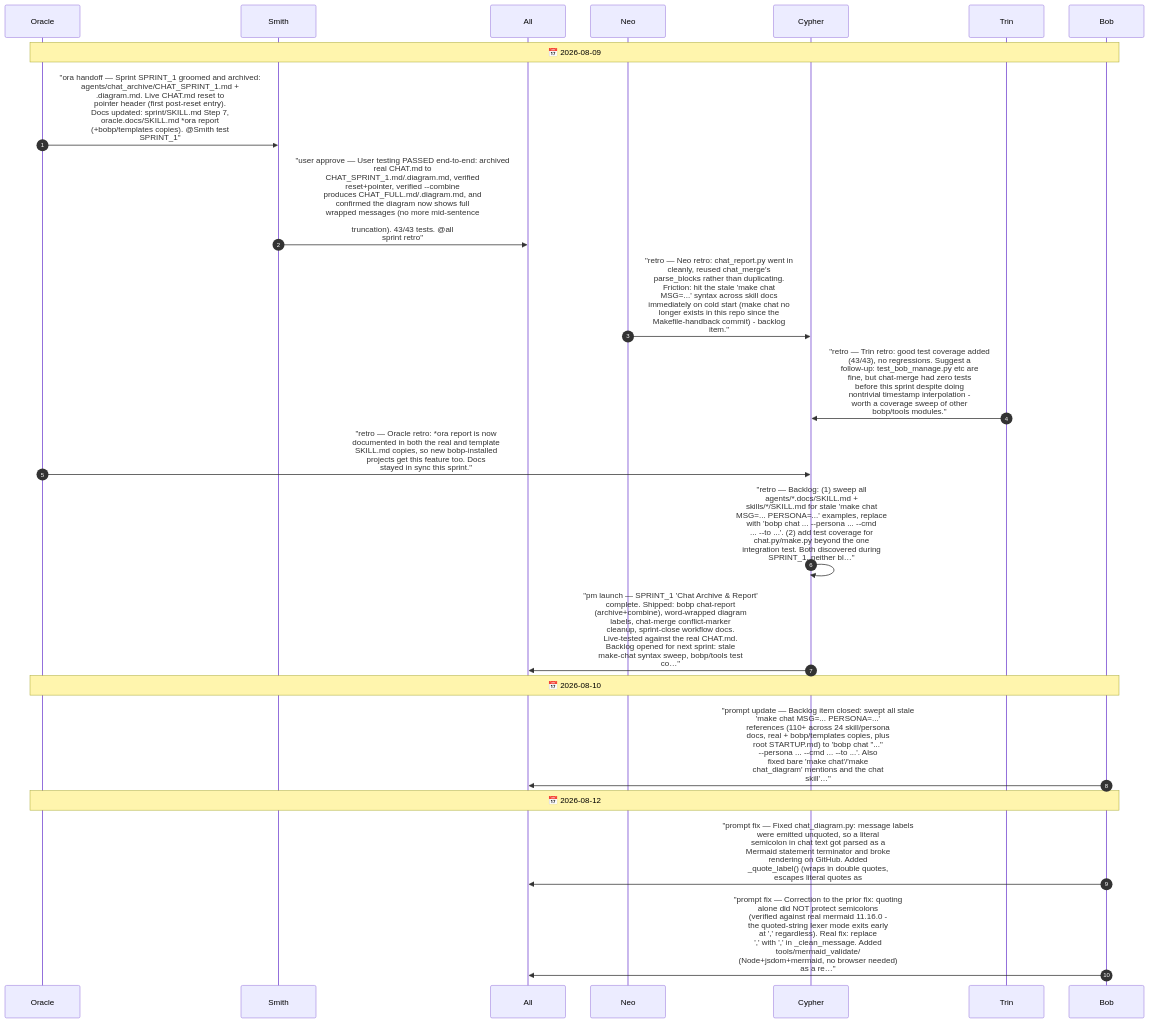
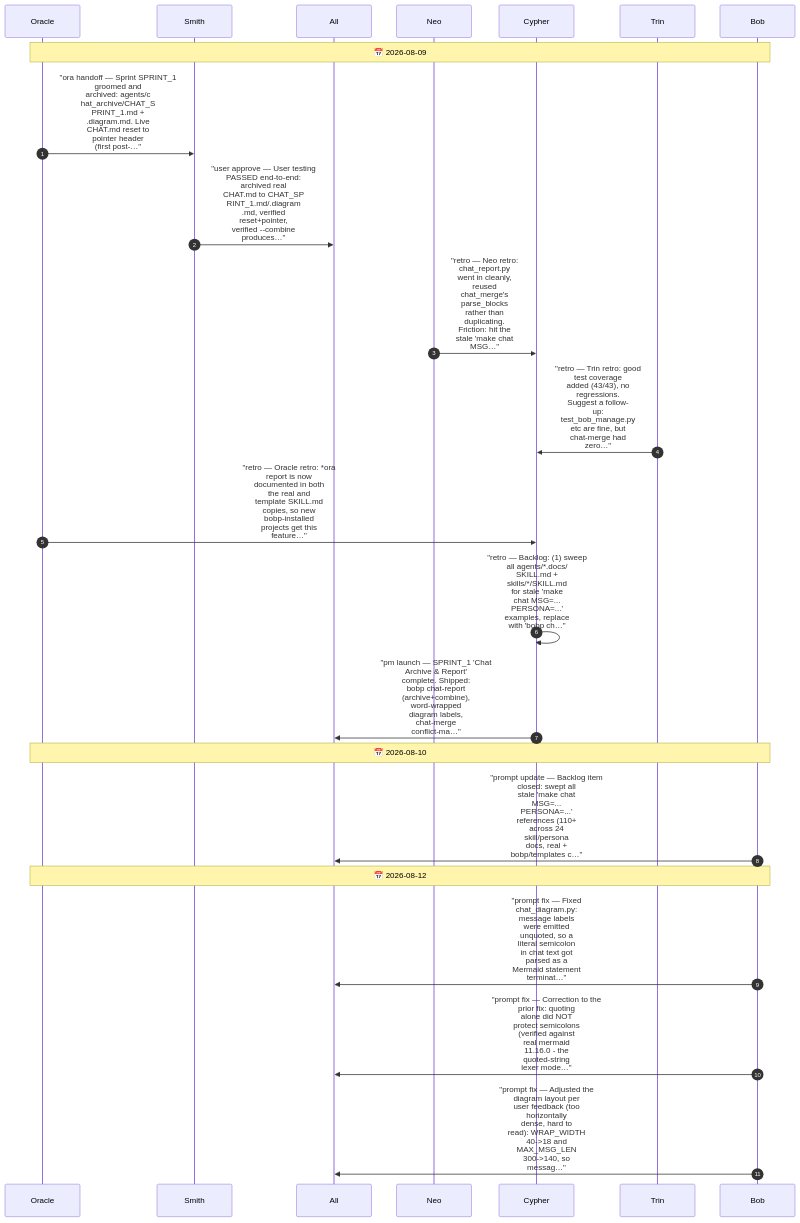
Before and after one commit to drusifer/bob_protocol: the diagram in agents/CHAT.diagram.md, drawn with Mermaid. The commit also changed 5 other files, not shown here.

First line of the commit message:
fix(chat_diagram): narrow-column wrapping + bigger font for readability

````diff
--- a/agents/CHAT.diagram.md
+++ b/agents/CHAT.diagram.md
@@ -5,24 +5,26 @@
 ```mermaid
+%%{init: {"themeVariables": {"fontSize": "20px"}}}%%
 sequenceDiagram
     autonumber
     participant Oracle
     participant Smith
     participant All
     participant Neo
     participant Cypher
     participant Trin
     participant Bob
     Note over Oracle,Bob: 📅 2026-08-09
-    Oracle->>Smith: "ora handoff — Sprint SPRINT_1 groomed and archived:<br/>agents/chat_archive/CHAT_SPRINT_1.md +<br/>.diagram.md. Live CHAT.md reset to<br/>pointer header (first post-reset entry).<br/>Docs updated: sprint/SKILL.md Step 7,<br/>oracle.docs/SKILL.md *ora report<br/>(+bobp/templates copies). @Smith test<br/>SPRINT_1"
-    Smith->>All: "user approve — User testing PASSED end-to-end: archived<br/>real CHAT.md to<br/>CHAT_SPRINT_1.md/.diagram.md, verified<br/>reset+pointer, verified --combine<br/>produces CHAT_FULL.md/.diagram.md, and<br/>confirmed the diagram now shows full<br/>wrapped messages (no more mid-sentence<br/><br/>truncation). 43/43 tests. @all<br/>sprint retro"
-    Neo->>Cypher: "retro — Neo retro: chat_report.py went in<br/>cleanly, reused chat_merge's<br/>parse_blocks rather than duplicating.<br/>Friction: hit the stale 'make chat<br/>MSG=...' syntax across skill docs<br/>immediately on cold start (make chat no<br/>longer exists in this repo since the<br/>Makefile-handback commit) - backlog<br/>item."
-    Trin->>Cypher: "retro — Trin retro: good test coverage added<br/>(43/43), no regressions. Suggest a<br/>follow-up: test_bob_manage.py etc are<br/>fine, but chat-merge had zero tests<br/>before this sprint despite doing<br/>nontrivial timestamp interpolation -<br/>worth a coverage sweep of other<br/>bobp/tools modules."
-    Oracle->>Cypher: "retro — Oracle retro: *ora report is now<br/>documented in both the real and template<br/>SKILL.md copies, so new bobp-installed<br/>projects get this feature too. Docs<br/>stayed in sync this sprint."
-    Cypher->>Cypher: "retro — Backlog: (1) sweep all<br/>agents/*.docs/SKILL.md +<br/>skills/*/SKILL.md for stale 'make chat<br/>MSG=... PERSONA=...' examples, replace<br/>with 'bobp chat ... --persona ... --cmd<br/>... --to ...'. (2) add test coverage for<br/>chat.py/make.py beyond the one<br/>integration test. Both discovered during<br/>SPRINT_1, neither bl…"
-    Cypher->>All: "pm launch — SPRINT_1 'Chat Archive & Report'<br/>complete. Shipped: bobp chat-report<br/>(archive+combine), word-wrapped diagram<br/>labels, chat-merge conflict-marker<br/>cleanup, sprint-close workflow docs.<br/>Live-tested against the real CHAT.md.<br/>Backlog opened for next sprint: stale<br/>make-chat syntax sweep, bobp/tools test<br/>co…"
+    Oracle->>Smith: "ora handoff — Sprint SPRINT_1<br/>groomed and<br/>archived: agents/c<br/>hat_archive/CHAT_S<br/>PRINT_1.md +<br/>.diagram.md. Live<br/>CHAT.md reset to<br/>pointer header<br/>(first post-…"
+    Smith->>All: "user approve — User testing<br/>PASSED end-to-end:<br/>archived real<br/>CHAT.md to CHAT_SP<br/>RINT_1.md/.diagram<br/>.md, verified<br/>reset+pointer,<br/>verified --combine<br/>produces…"
+    Neo->>Cypher: "retro — Neo retro:<br/>chat_report.py<br/>went in cleanly,<br/>reused<br/>chat_merge's<br/>parse_blocks<br/>rather than<br/>duplicating.<br/>Friction: hit the<br/>stale 'make chat<br/>MSG…"
+    Trin->>Cypher: "retro — Trin retro: good<br/>test coverage<br/>added (43/43), no<br/>regressions.<br/>Suggest a follow-<br/>up:<br/>test_bob_manage.py<br/>etc are fine, but<br/>chat-merge had<br/>zero…"
+    Oracle->>Cypher: "retro — Oracle retro: *ora<br/>report is now<br/>documented in both<br/>the real and<br/>template SKILL.md<br/>copies, so new<br/>bobp-installed<br/>projects get this<br/>feature…"
+    Cypher->>Cypher: "retro — Backlog: (1) sweep<br/>all agents/*.docs/<br/>SKILL.md +<br/>skills/*/SKILL.md<br/>for stale 'make<br/>chat MSG=...<br/>PERSONA=...'<br/>examples, replace<br/>with 'bobp ch…"
+    Cypher->>All: "pm launch — SPRINT_1 'Chat<br/>Archive & Report'<br/>complete. Shipped:<br/>bobp chat-report<br/>(archive+combine),<br/>word-wrapped<br/>diagram labels,<br/>chat-merge<br/>conflict-ma…"
     Note over Oracle,Bob: 📅 2026-08-10
-    Bob->>All: "prompt update — Backlog item closed: swept all stale<br/>'make chat MSG=... PERSONA=...'<br/>references (110+ across 24 skill/persona<br/>docs, real + bobp/templates copies, plus<br/>root STARTUP.md) to 'bobp chat #quot;...#quot;<br/>--persona ... --cmd ... --to ...'. Also<br/>fixed bare 'make chat'/'make<br/>chat_diagram' mentions and the chat<br/>skill'…"
+    Bob->>All: "prompt update — Backlog item<br/>closed: swept all<br/>stale 'make chat<br/>MSG=...<br/>PERSONA=...'<br/>references (110+<br/>across 24<br/>skill/persona<br/>docs, real +<br/>bobp/templates c…"
     Note over Oracle,Bob: 📅 2026-08-12
-    Bob->>All: "prompt fix — Fixed chat_diagram.py: message labels<br/>were emitted unquoted, so a literal<br/>semicolon in chat text got parsed as a<br/>Mermaid statement terminator and broke<br/>rendering on GitHub. Added<br/>_quote_label() (wraps in double quotes,<br/>escapes literal quotes as #quot,),<br/>applied only at the line-138 emission<br/>point.…"
-    Bob->>All: "prompt fix — Correction to the prior fix: quoting<br/>alone did NOT protect semicolons<br/>(verified against real mermaid 11.16.0 -<br/>the quoted-string lexer mode exits early<br/>at ',' regardless). Real fix: replace<br/>',' with ',' in _clean_message. Added<br/>tools/mermaid_validate/<br/>(Node+jsdom+mermaid, no browser needed)<br/>as a re…"
+    Bob->>All: "prompt fix — Fixed<br/>chat_diagram.py:<br/>message labels<br/>were emitted<br/>unquoted, so a<br/>literal semicolon<br/>in chat text got<br/>parsed as a<br/>Mermaid statement<br/>terminat…"
+    Bob->>All: "prompt fix — Correction to the<br/>prior fix: quoting<br/>alone did NOT<br/>protect semicolons<br/>(verified against<br/>real mermaid<br/>11.16.0 - the<br/>quoted-string<br/>lexer mode…"
+    Bob->>All: "prompt fix — Adjusted the<br/>diagram layout per<br/>user feedback (too<br/>horizontally<br/>dense, hard to<br/>read): WRAP_WIDTH<br/>40->18 and<br/>MAX_MSG_LEN<br/>300->140, so<br/>messag…"
 ```
````
